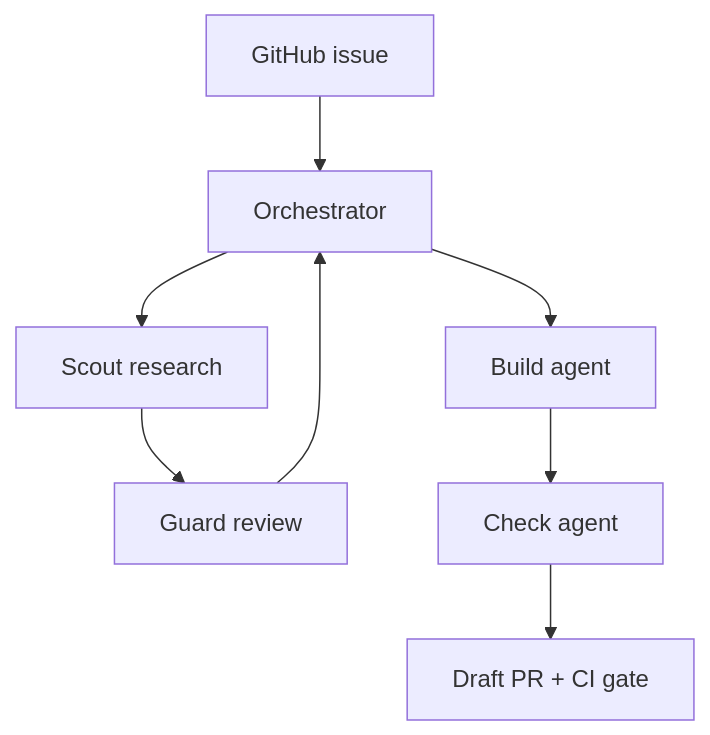
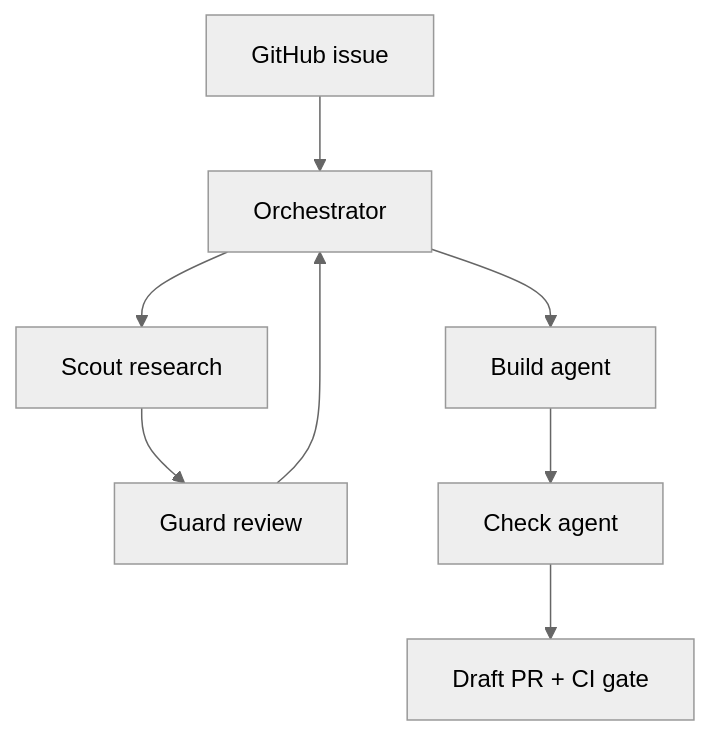
One commit to clouatre-labs/agentic-coder-skill changed the diagram in docs/diagrams/architecture.mmd. Above: the diagram before and after it, drawn with Mermaid. The commit also changed 1 other file, not shown here.

Commit message:
docs(diagram): align styling with neutral theme (bleusite-reports)

```diff
--- a/docs/diagrams/architecture.mmd
+++ b/docs/diagrams/architecture.mmd
@@ -1,8 +1,12 @@
+---
+config:
+  theme: neutral
+---
 graph TD
     ISSUE[GitHub issue] --> ORCH[Orchestrator]
     ORCH --> SC[Scout research]
     SC --> GU[Guard review]
     GU --> ORCH
     ORCH --> BU[Build agent]
     BU --> CH[Check agent]
     CH --> PR[Draft PR + CI gate]
```
